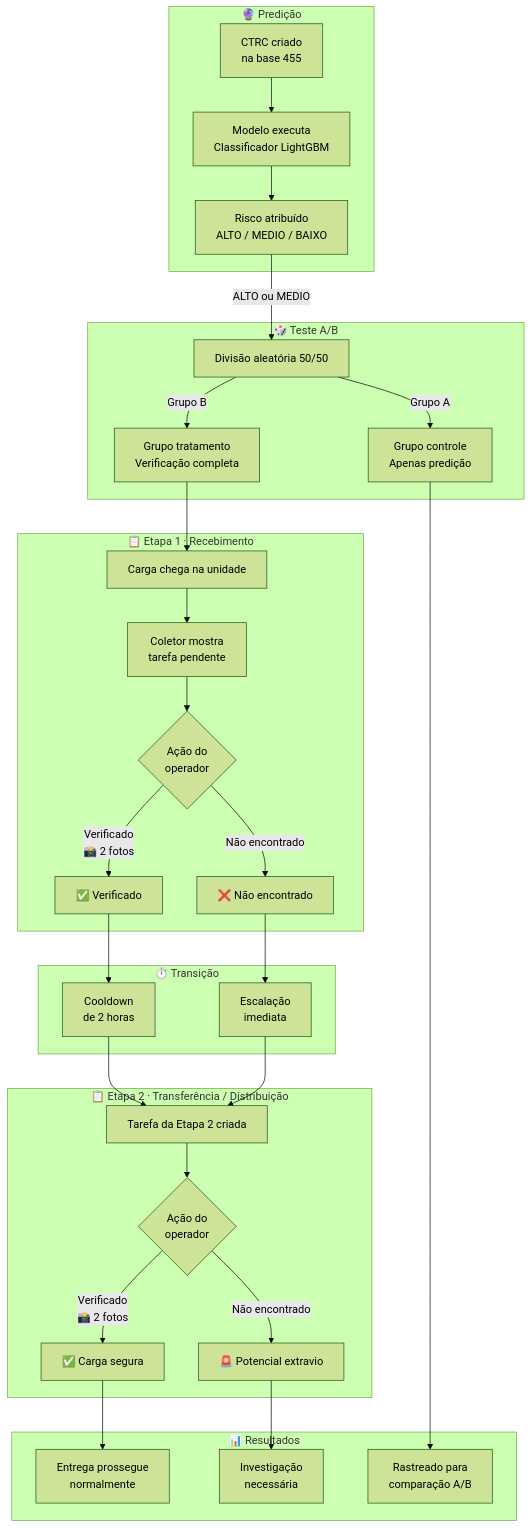
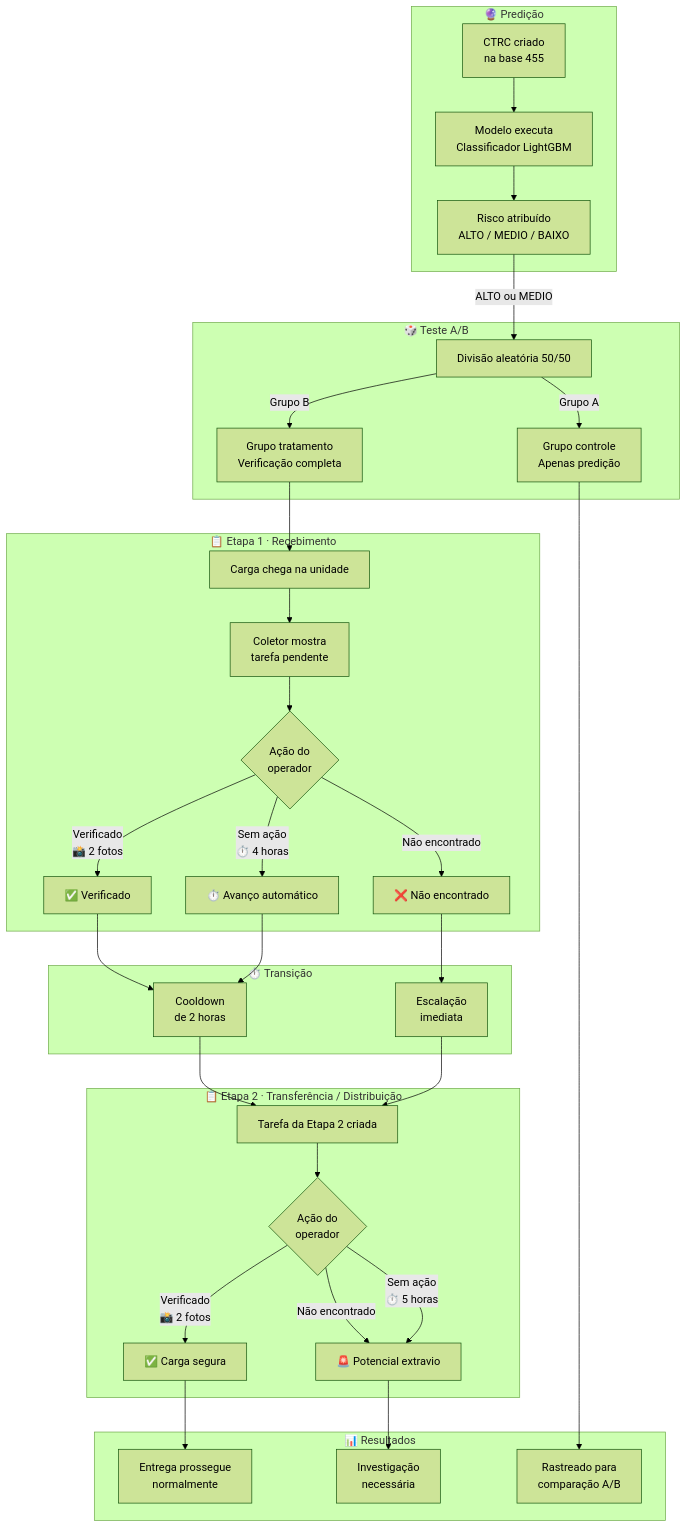
Before and after one commit to laplace-ai/laplace-docs: the fourth of 4 diagrams in content/pt-BR/v1/platform/loss-prediction/verification-process.mdx, drawn with Mermaid (forest theme). The commit also changed other lines of this file and 1 other file, not shown here.

````diff
--- a/content/pt-BR/v1/platform/loss-prediction/verification-process.mdx
+++ b/content/pt-BR/v1/platform/loss-prediction/verification-process.mdx
@@ -149,40 +172,43 @@
 ```mermaid
 flowchart TD
     subgraph pred["🔮 Predição"]
         A["CTRC criado\nna base 455"] --> B["Modelo executa\nClassificador LightGBM"]
         B --> C["Risco atribuído\nALTO / MEDIO / BAIXO"]
     end
 
     subgraph ab["🎲 Teste A/B"]
         C -->|ALTO ou MEDIO| D["Divisão aleatória 50/50"]
         D -->|Grupo A| E["Grupo controle\nApenas predição"]
         D -->|Grupo B| F["Grupo tratamento\nVerificação completa"]
     end
 
     subgraph s1["📋 Etapa 1 · Recebimento"]
         F --> G["Carga chega na unidade"]
         G --> H["Coletor mostra\ntarefa pendente"]
         H --> I{"Ação do\noperador"}
         I -->|"Verificado\n📸 2 fotos"| J["✅ Verificado"]
         I -->|Não encontrado| K["❌ Não encontrado"]
+        I -->|"Sem ação\n⏱️ 4 horas"| K2["⏱️ Avanço automático"]
     end
 
     subgraph cooldown["⏱️ Transição"]
         J --> L["Cooldown\nde 2 horas"]
         K --> M["Escalação\nimediata"]
+        K2 --> L
     end
 
     subgraph s2["📋 Etapa 2 · Transferência / Distribuição"]
         L --> N["Tarefa da Etapa 2 criada"]
         M --> N
         N --> O{"Ação do\noperador"}
         O -->|"Verificado\n📸 2 fotos"| P["✅ Carga segura"]
         O -->|Não encontrado| Q["🚨 Potencial extravio"]
+        O -->|"Sem ação\n⏱️ 5 horas"| Q
     end
 
     subgraph result["📊 Resultados"]
         P --> R["Entrega prossegue\nnormalmente"]
         Q --> S["Investigação\nnecessária"]
         E --> T["Rastreado para\ncomparação A/B"]
     end
 ```
````
